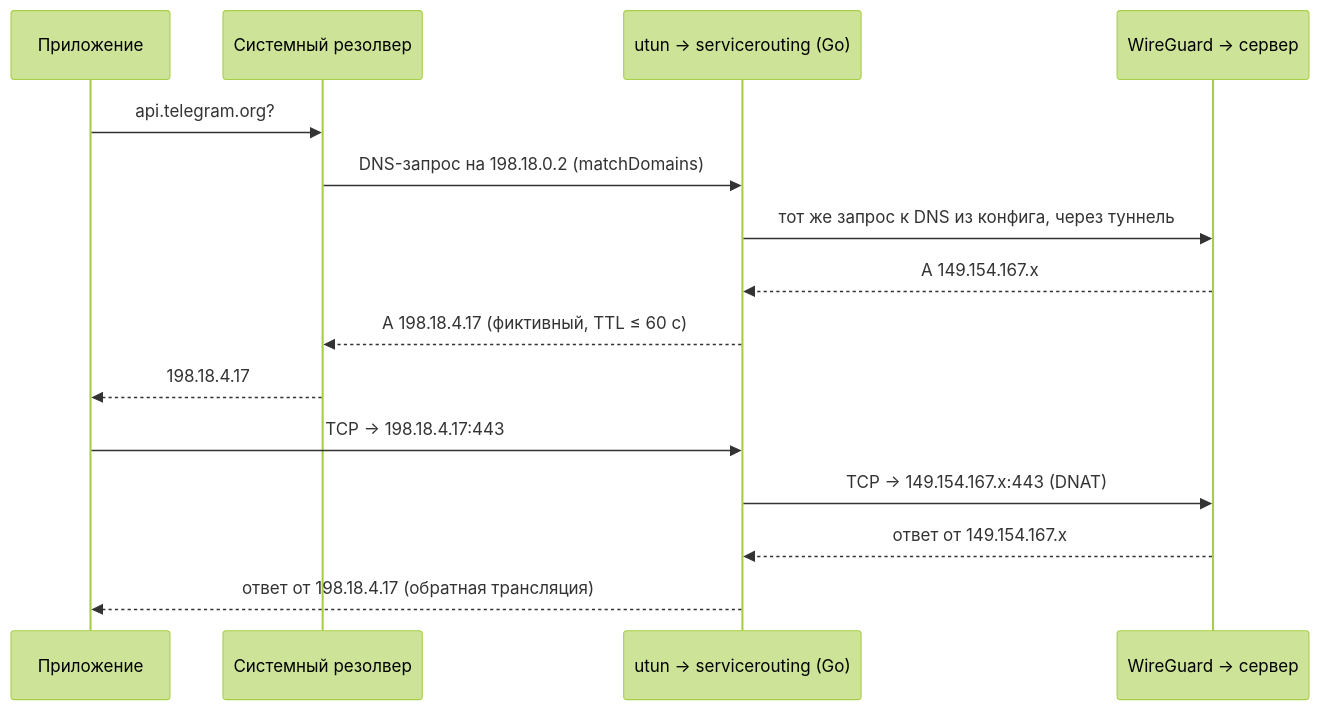
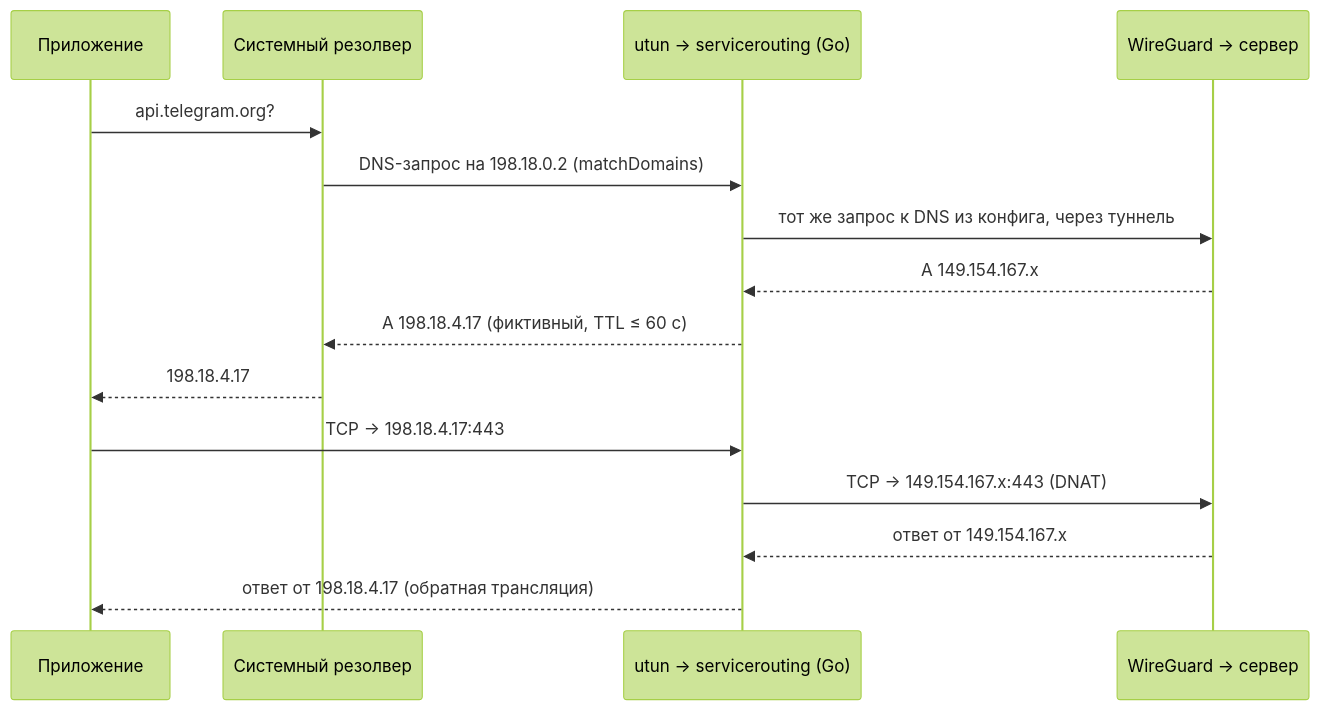
One commit to facelessdiplomat/splitway changed the diagram in docs/04-platform-ios-ipados.md. Above: the diagram before and after it, drawn with Mermaid (forest theme). The commit also changed other lines of this file and 2 other files, not shown here.

````diff
--- a/docs/04-platform-ios-ipados.md
+++ b/docs/04-platform-ios-ipados.md
@@ -45,17 +47,17 @@
 ```mermaid
 sequenceDiagram
   participant A as Приложение
   participant R as Системный резолвер
   participant T as utun → servicerouting (Go)
   participant W as WireGuard → сервер
   A->>R: api.telegram.org?
   R->>T: DNS-запрос на 198.18.0.2 (matchDomains)
   T->>W: тот же запрос к DNS из конфига, через туннель
   W-->>T: A 149.154.167.x
-  T-->>R: A 198.18.4.17 (фиктивный, TTL ≤ 60 c)
+  T-->>R: A 198.18.4.17 (фиктивный, TTL ≤ 60 с)
   R-->>A: 198.18.4.17
   A->>T: TCP → 198.18.4.17:443
   T->>W: TCP → 149.154.167.x:443 (DNAT)
   W-->>T: ответ от 149.154.167.x
   T-->>A: ответ от 198.18.4.17 (обратная трансляция)
 ```
````
